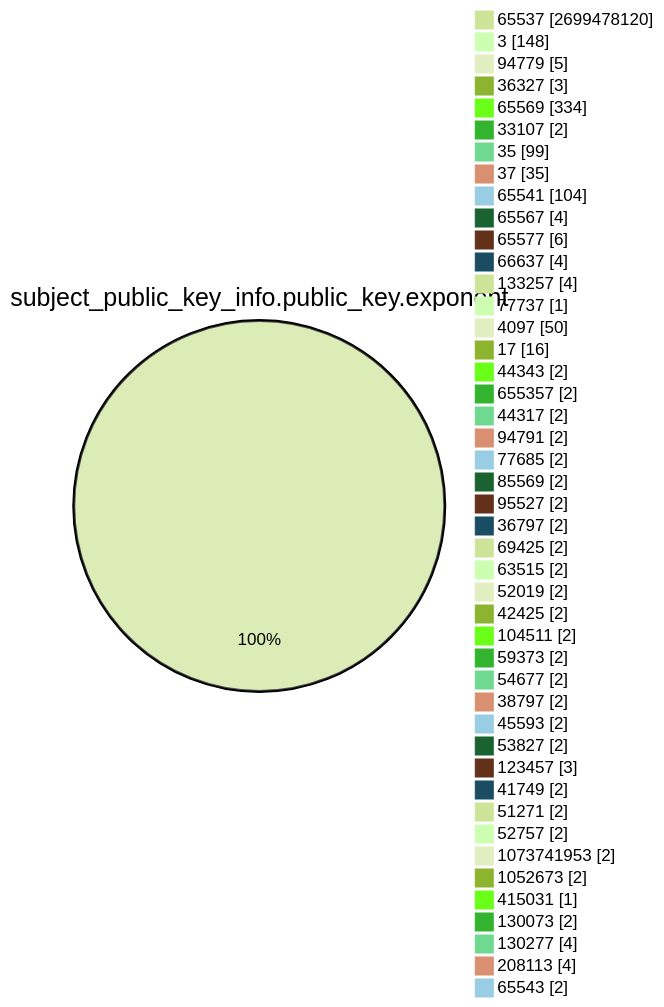
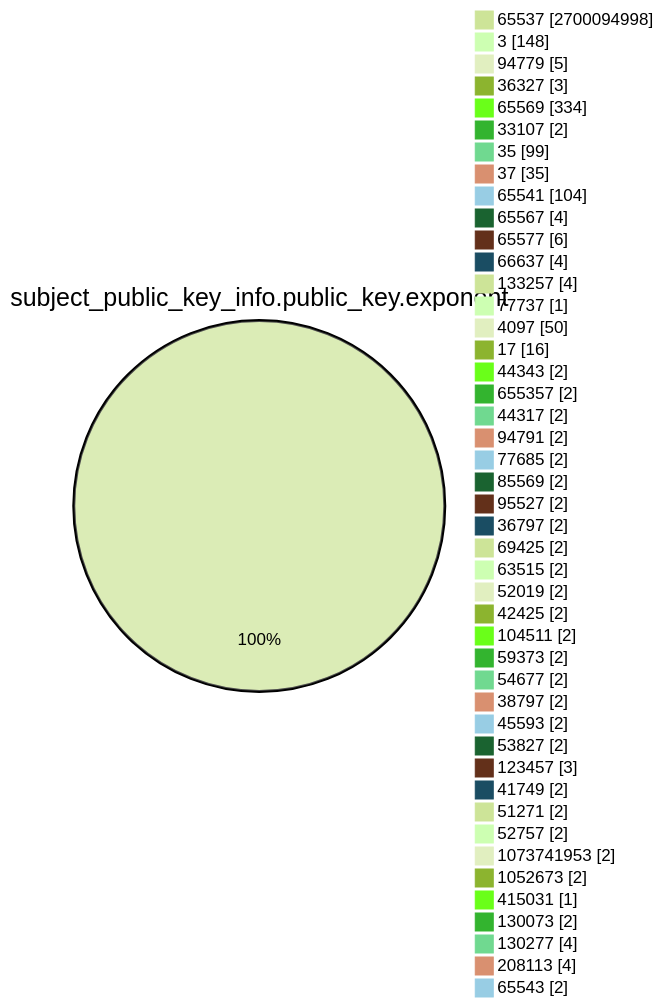
One commit to christiankrug/ctmonitor_visualization changed the fourth of 15 diagrams in TOTAL/README.md. Above: the diagram before and after it, drawn with Mermaid (forest theme). The commit also changed other lines of this file, not shown here.

````diff
--- a/TOTAL/README.md
+++ b/TOTAL/README.md
@@ -1467,49 +1467,49 @@
 ```mermaid
 pie showData
 title subject_public_key_info.public_key.exponent
-"65537" :2699478120
+"65537" :2700094998
 "3" :148
 "94779" :5
 "36327" :3
 "65569" :334
 "33107" :2
 "35" :99
 "37" :35
 "65541" :104
 "65567" :4
 "65577" :6
 "66637" :4
 "133257" :4
 "77737" :1
 "4097" :50
 "17" :16
 "44343" :2
 "655357" :2
 "44317" :2
 "94791" :2
 "77685" :2
 "85569" :2
 "95527" :2
 "36797" :2
 "69425" :2
 "63515" :2
 "52019" :2
 "42425" :2
 "104511" :2
 "59373" :2
 "54677" :2
 "38797" :2
 "45593" :2
 "53827" :2
 "123457" :3
 "41749" :2
 "51271" :2
 "52757" :2
 "1073741953" :2
 "1052673" :2
 "415031" :1
 "130073" :2
 "130277" :4
 "208113" :4
 "65543" :2
 ```
````
